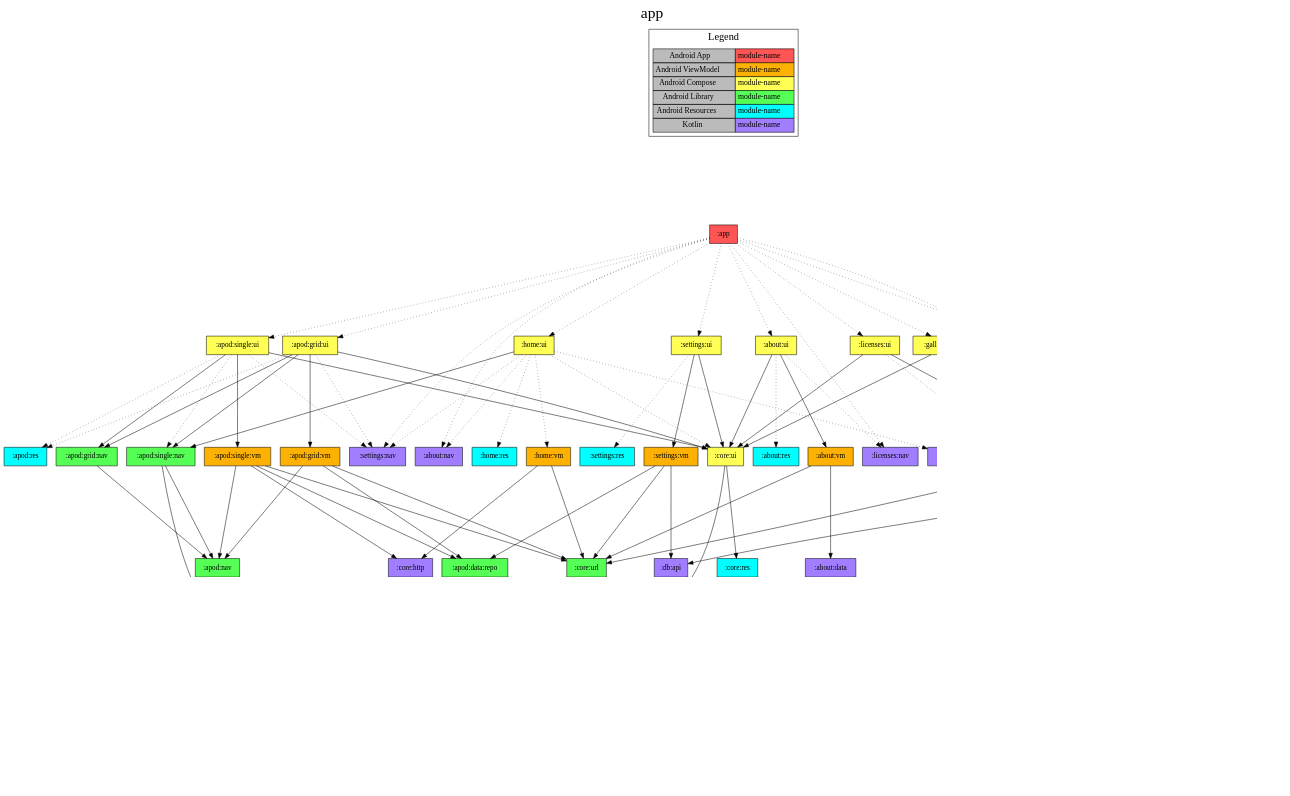
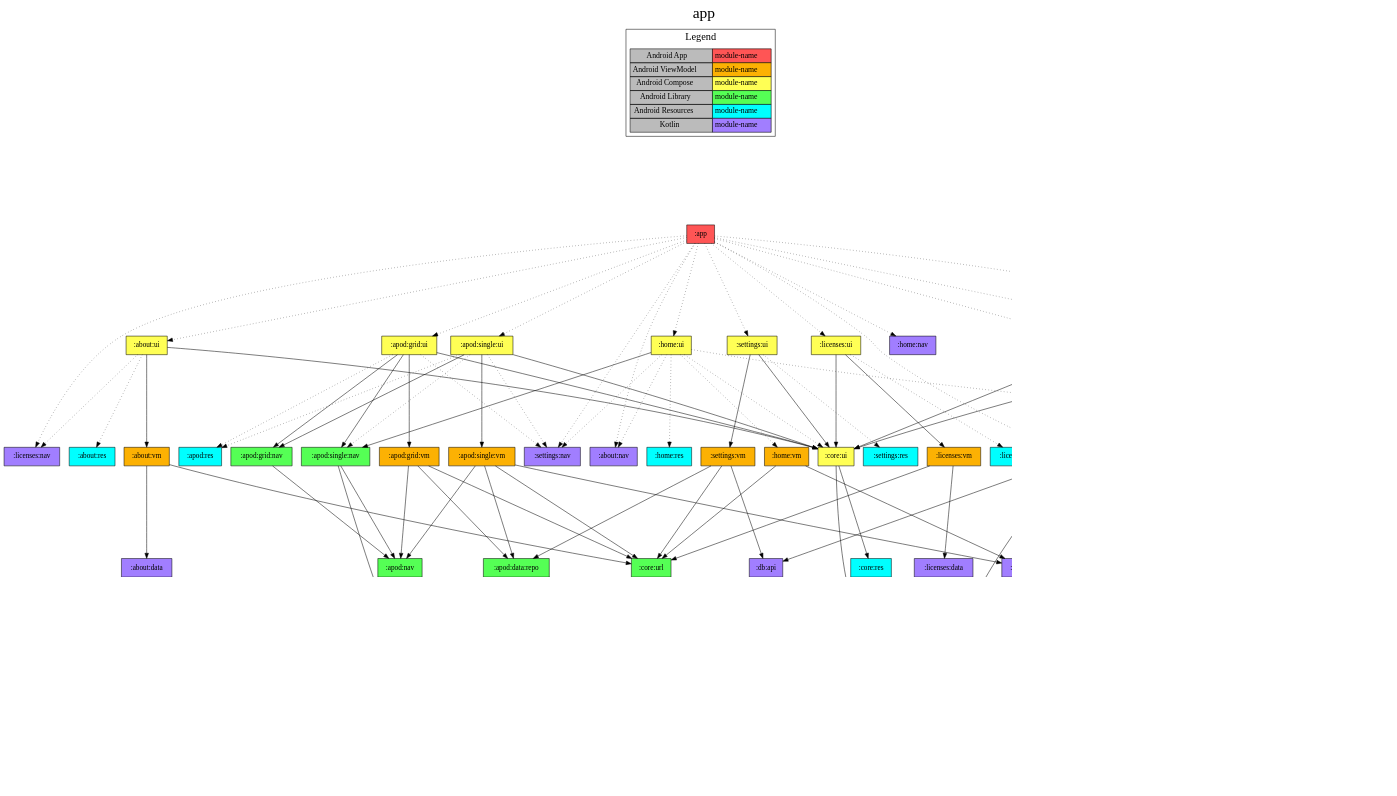
Before and after one commit to jonapoul/nasa-android: the diagram in app/project-dependency-graph.dot, drawn with Graphviz. The commit also changed 65 other files, not shown here.

```diff
--- a/app/project-dependency-graph.dot
+++ b/app/project-dependency-graph.dot
@@ -1,149 +1,161 @@
 digraph {
 edge ["dir"="forward"]
 graph ["dpi"="100","label"="app","labelloc"="t","fontsize"="30","ranksep"="2.5","rankdir"="TB"]
 node ["style"="filled"]
 ":app" ["shape"="box","fillcolor"="#FF5555"]
 ":about:nav" ["fillcolor"="#A17EFF","shape"="box"]
 ":about:ui" ["fillcolor"="#FFFF55","shape"="box"]
 ":about:vm" ["fillcolor"="#FCB103","shape"="box"]
 ":about:data" ["fillcolor"="#A17EFF","shape"="box"]
 ":core:url" ["fillcolor"="#55FF55","shape"="box"]
 ":core:ui" ["fillcolor"="#FFFF55","shape"="box"]
 ":core:model" ["fillcolor"="#A17EFF","shape"="box"]
 ":core:res" ["fillcolor"="#00FFFF","shape"="box"]
 ":about:res" ["fillcolor"="#00FFFF","shape"="box"]
 ":licenses:nav" ["fillcolor"="#A17EFF","shape"="box"]
 ":apod:grid:ui" ["fillcolor"="#FFFF55","shape"="box"]
 ":apod:grid:nav" ["fillcolor"="#55FF55","shape"="box"]
 ":apod:nav" ["fillcolor"="#55FF55","shape"="box"]
 ":apod:grid:vm" ["fillcolor"="#FCB103","shape"="box"]
 ":apod:data:repo" ["fillcolor"="#55FF55","shape"="box"]
 ":apod:data:api" ["fillcolor"="#A17EFF","shape"="box"]
 ":apod:model" ["fillcolor"="#A17EFF","shape"="box"]
 ":db:apod" ["fillcolor"="#A17EFF","shape"="box"]
 ":apod:single:nav" ["fillcolor"="#55FF55","shape"="box"]
 ":apod:res" ["fillcolor"="#00FFFF","shape"="box"]
 ":settings:nav" ["fillcolor"="#A17EFF","shape"="box"]
 ":apod:single:ui" ["fillcolor"="#FFFF55","shape"="box"]
 ":apod:single:vm" ["fillcolor"="#FCB103","shape"="box"]
 ":core:http" ["fillcolor"="#A17EFF","shape"="box"]
 ":db:impl" ["fillcolor"="#55FF55","shape"="box"]
 ":db:api" ["fillcolor"="#A17EFF","shape"="box"]
 ":db:gallery" ["fillcolor"="#A17EFF","shape"="box"]
 ":gallery:model" ["fillcolor"="#A17EFF","shape"="box"]
-":gallery:search:ui" ["fillcolor"="#FFFF55","shape"="box"]
-":gallery:nav" ["fillcolor"="#A17EFF","shape"="box"]
-":gallery:search:vm" ["fillcolor"="#FCB103","shape"="box"]
+":gallery:image:ui" ["fillcolor"="#FFFF55","shape"="box"]
+":gallery:image:vm" ["fillcolor"="#FCB103","shape"="box"]
 ":gallery:data:repo" ["fillcolor"="#55FF55","shape"="box"]
 ":gallery:data:api" ["fillcolor"="#A17EFF","shape"="box"]
 ":gallery:res" ["fillcolor"="#00FFFF","shape"="box"]
+":gallery:nav" ["fillcolor"="#A17EFF","shape"="box"]
+":gallery:search:ui" ["fillcolor"="#FFFF55","shape"="box"]
+":gallery:search:vm" ["fillcolor"="#FCB103","shape"="box"]
 ":home:nav" ["fillcolor"="#A17EFF","shape"="box"]
 ":home:ui" ["fillcolor"="#FFFF55","shape"="box"]
 ":home:res" ["fillcolor"="#00FFFF","shape"="box"]
 ":home:vm" ["fillcolor"="#FCB103","shape"="box"]
 ":licenses:ui" ["fillcolor"="#FFFF55","shape"="box"]
 ":licenses:vm" ["fillcolor"="#FCB103","shape"="box"]
 ":licenses:data" ["fillcolor"="#A17EFF","shape"="box"]
 ":licenses:res" ["fillcolor"="#00FFFF","shape"="box"]
 ":settings:ui" ["fillcolor"="#FFFF55","shape"="box"]
 ":settings:vm" ["fillcolor"="#FCB103","shape"="box"]
 ":settings:res" ["fillcolor"="#00FFFF","shape"="box"]
 {
 edge ["dir"="none"]
 graph ["rank"="same"]
 ":app"
 }
 ":app" -> ":about:nav" ["style"="dotted"]
 ":app" -> ":about:ui" ["style"="dotted"]
 ":app" -> ":apod:grid:ui" ["style"="dotted"]
 ":app" -> ":apod:single:ui" ["style"="dotted"]
 ":app" -> ":db:impl" ["style"="dotted"]
+":app" -> ":gallery:image:ui" ["style"="dotted"]
+":app" -> ":gallery:nav" ["style"="dotted"]
 ":app" -> ":gallery:search:ui" ["style"="dotted"]
 ":app" -> ":home:nav" ["style"="dotted"]
 ":app" -> ":home:ui" ["style"="dotted"]
 ":app" -> ":licenses:nav" ["style"="dotted"]
 ":app" -> ":licenses:ui" ["style"="dotted"]
 ":app" -> ":settings:nav" ["style"="dotted"]
 ":app" -> ":settings:ui" ["style"="dotted"]
 ":about:ui" -> ":about:vm"
 ":about:ui" -> ":core:ui"
 ":about:ui" -> ":about:res" ["style"="dotted"]
 ":about:ui" -> ":licenses:nav" ["style"="dotted"]
 ":about:vm" -> ":about:data"
 ":about:vm" -> ":core:url"
 ":core:ui" -> ":core:model"
 ":core:ui" -> ":core:res"
 ":apod:grid:ui" -> ":apod:grid:nav"
 ":apod:grid:ui" -> ":apod:grid:vm"
 ":apod:grid:ui" -> ":apod:single:nav"
 ":apod:grid:ui" -> ":core:ui"
 ":apod:grid:ui" -> ":apod:res" ["style"="dotted"]
 ":apod:grid:ui" -> ":settings:nav" ["style"="dotted"]
 ":apod:grid:nav" -> ":apod:nav"
 ":apod:grid:vm" -> ":apod:data:repo"
 ":apod:grid:vm" -> ":apod:nav"
 ":apod:grid:vm" -> ":core:url"
 ":apod:data:repo" -> ":apod:data:api"
 ":apod:data:repo" -> ":db:apod" ["style"="dotted"]
 ":apod:data:api" -> ":apod:model"
 ":apod:data:api" -> ":core:model"
 ":apod:single:nav" -> ":apod:model"
 ":apod:single:nav" -> ":apod:nav"
 ":apod:single:ui" -> ":apod:grid:nav"
 ":apod:single:ui" -> ":apod:single:vm"
 ":apod:single:ui" -> ":core:ui"
 ":apod:single:ui" -> ":apod:res" ["style"="dotted"]
 ":apod:single:ui" -> ":apod:single:nav" ["style"="dotted"]
 ":apod:single:ui" -> ":settings:nav" ["style"="dotted"]
 ":apod:single:vm" -> ":apod:data:repo"
 ":apod:single:vm" -> ":apod:nav"
 ":apod:single:vm" -> ":core:http"
 ":apod:single:vm" -> ":core:url"
 ":core:http" -> ":core:model"
 ":db:impl" -> ":db:api"
 ":db:impl" -> ":db:apod"
 ":db:impl" -> ":db:gallery"
 ":db:gallery" -> ":gallery:model"
-":gallery:search:ui" -> ":core:ui"
-":gallery:search:ui" -> ":gallery:nav"
-":gallery:search:ui" -> ":gallery:search:vm"
-":gallery:search:ui" -> ":gallery:res" ["style"="dotted"]
-":gallery:search:vm" -> ":gallery:data:repo"
+":gallery:image:ui" -> ":core:ui"
+":gallery:image:ui" -> ":gallery:image:vm"
+":gallery:image:ui" -> ":core:http" ["style"="dotted"]
+":gallery:image:ui" -> ":gallery:res" ["style"="dotted"]
+":gallery:image:vm" -> ":core:model"
+":gallery:image:vm" -> ":gallery:data:repo"
+":gallery:image:vm" -> ":core:http" ["style"="dotted"]
 ":gallery:data:repo" -> ":db:gallery"
 ":gallery:data:repo" -> ":gallery:data:api"
 ":gallery:data:api" -> ":gallery:model"
+":gallery:nav" -> ":gallery:model" ["style"="dotted"]
+":gallery:search:ui" -> ":core:ui"
+":gallery:search:ui" -> ":gallery:search:vm"
+":gallery:search:ui" -> ":gallery:nav" ["style"="dotted"]
+":gallery:search:ui" -> ":gallery:res" ["style"="dotted"]
+":gallery:search:vm" -> ":gallery:data:repo"
 ":home:ui" -> ":apod:single:nav"
 ":home:ui" -> ":about:nav" ["style"="dotted"]
 ":home:ui" -> ":core:ui" ["style"="dotted"]
 ":home:ui" -> ":gallery:nav" ["style"="dotted"]
 ":home:ui" -> ":home:res" ["style"="dotted"]
 ":home:ui" -> ":home:vm" ["style"="dotted"]
 ":home:ui" -> ":settings:nav" ["style"="dotted"]
 ":home:vm" -> ":core:http"
 ":home:vm" -> ":core:url"
 ":licenses:ui" -> ":core:ui"
 ":licenses:ui" -> ":licenses:vm"
 ":licenses:ui" -> ":licenses:res" ["style"="dotted"]
 ":licenses:vm" -> ":core:url"
 ":licenses:vm" -> ":licenses:data"
 ":settings:ui" -> ":core:ui"
 ":settings:ui" -> ":settings:vm"
 ":settings:ui" -> ":settings:res" ["style"="dotted"]
 ":settings:vm" -> ":apod:data:repo"
 ":settings:vm" -> ":core:url"
 ":settings:vm" -> ":db:api"
 subgraph "cluster_legend" {
 edge ["dir"="none"]
 graph ["label"="Legend","fontsize"="20"]
 "Legend" ["style"="filled","fillcolor"="#bbbbbb","shape"="none","margin"="0","fontsize"="15","label"=<
 <TABLE BORDER="0" CELLBORDER="1" CELLSPACING="0" CELLPADDING="4">
 <TR><TD>Android App</TD><TD BGCOLOR="#FF5555">module-name</TD></TR>
 <TR><TD>Android ViewModel</TD><TD BGCOLOR="#FCB103">module-name</TD></TR>
 <TR><TD>Android Compose</TD><TD BGCOLOR="#FFFF55">module-name</TD></TR>
 <TR><TD>Android Library</TD><TD BGCOLOR="#55FF55">module-name</TD></TR>
 <TR><TD>Android Resources</TD><TD BGCOLOR="#00FFFF">module-name</TD></TR>
 <TR><TD>Kotlin</TD><TD BGCOLOR="#A17EFF">module-name</TD></TR>
 </TABLE>
 >]
 } -> ":app" ["style"="invis"]
 }
```
